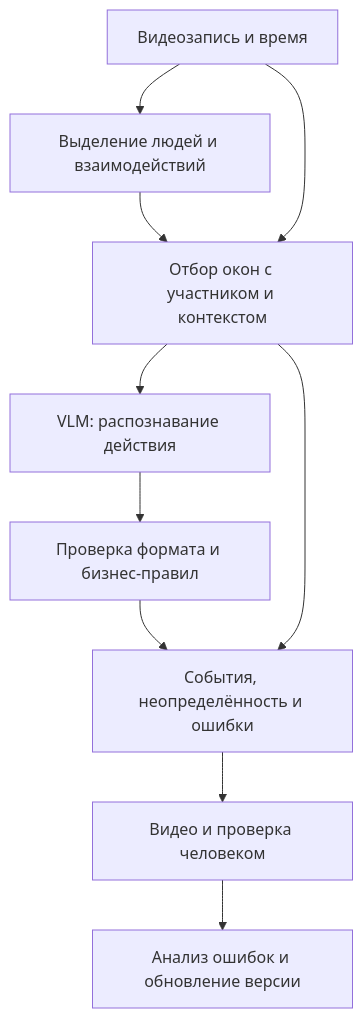
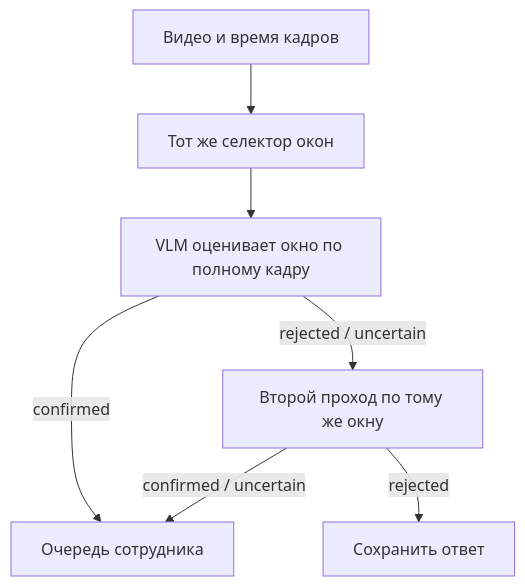
One commit to EgorLeMeilleur/mlsd_itmo changed the second of 2 diagrams in docs/ml_system_design_doc.md. Above: the diagram before and after it, drawn with Mermaid. The commit also changed other lines of this file, not shown here.

````diff
--- a/docs/ml_system_design_doc.md
+++ b/docs/ml_system_design_doc.md
@@ -86,12 +85,9 @@
 ```mermaid
 flowchart TD
-    V["Видеозапись и время"] --> P["Выделение людей и взаимодействий"]
-    P --> W["Отбор окон с участником и контекстом"]
-    V --> W
-    W --> M["VLM: распознавание действия"]
-    M --> C["Проверка формата и бизнес-правил"]
-    C --> E["События, неопределённость и ошибки"]
-    W --> E
-    E --> H["Видео и проверка человеком"]
-    H --> A["Анализ ошибок и обновление версии"]
+    V["Видео и время кадров"] --> S["Тот же селектор окон"]
+    S --> M["VLM оценивает окно по полному кадру"]
+    M -->|confirmed| H["Очередь сотрудника"]
+    M -->|rejected / uncertain| C["Второй проход по тому же окну"]
+    C -->|confirmed / uncertain| H
+    C -->|rejected| R["Сохранить ответ"]
 ```
````
